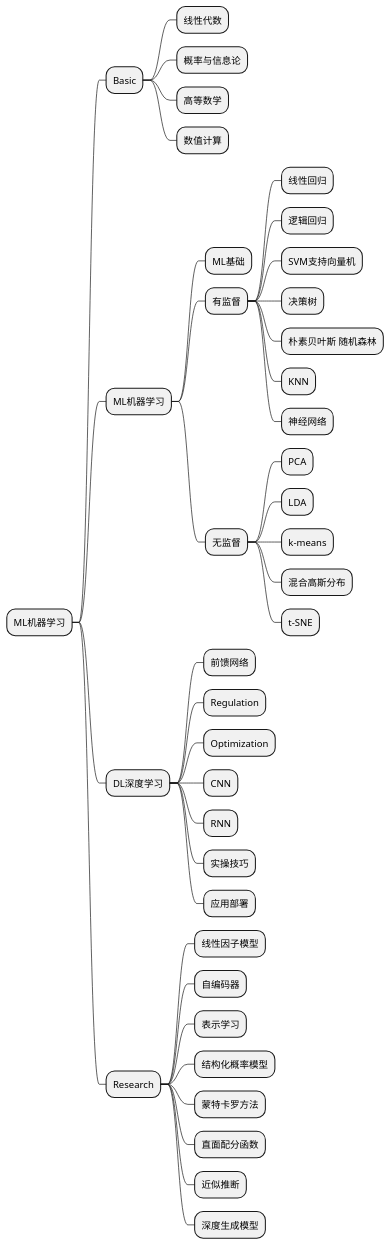
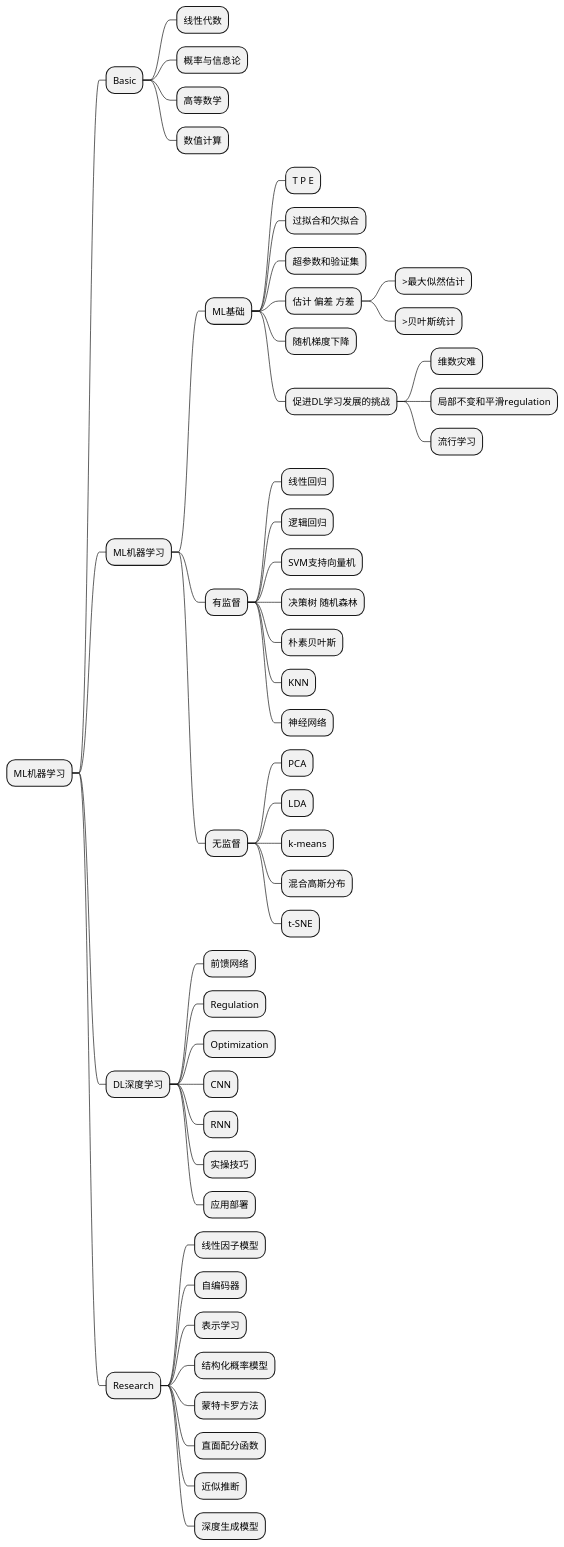
One commit to alphajayGithub/ai.online changed the diagram in source/outline.puml. Above: the diagram before and after it, drawn with PlantUML. The commit also changed 1 other file, not shown here.

```diff
--- a/source/outline.puml
+++ b/source/outline.puml
@@ -1,52 +1,65 @@
 @startmindmap
 *  ML机器学习
 
 ** Basic
 *** 线性代数
 *** 概率与信息论
 *** 高等数学
 *** 数值计算
 
 
 ** ML机器学习
 *** ML基础
+**** T P E
+**** 过拟合和欠拟合
+**** 超参数和验证集
+**** 估计 偏差 方差
+***** >最大似然估计
+***** >贝叶斯统计
+
+**** 随机梯度下降
+
+**** 促进DL学习发展的挑战
+***** 维数灾难
+***** 局部不变和平滑regulation
+***** 流行学习
 
 *** 有监督
 **** 线性回归
 **** 逻辑回归
 **** SVM支持向量机
-**** 决策树
-**** 朴素贝叶斯 随机森林
+**** 决策树 随机森林
+**** 朴素贝叶斯
 **** KNN
 **** 神经网络
 
 *** 无监督
 **** PCA
 **** LDA
 **** k-means
 **** 混合高斯分布
 **** t-SNE
 
 ** DL深度学习
 *** 前馈网络
 *** Regulation
 *** Optimization
 *** CNN
 *** RNN
 *** 实操技巧
 *** 应用部署
 
 
 ** Research
 *** 线性因子模型
 *** 自编码器
 *** 表示学习
 *** 结构化概率模型
 *** 蒙特卡罗方法
 *** 直面配分函数
 *** 近似推断
 *** 深度生成模型
 
 
 
 @endmindmap
```
